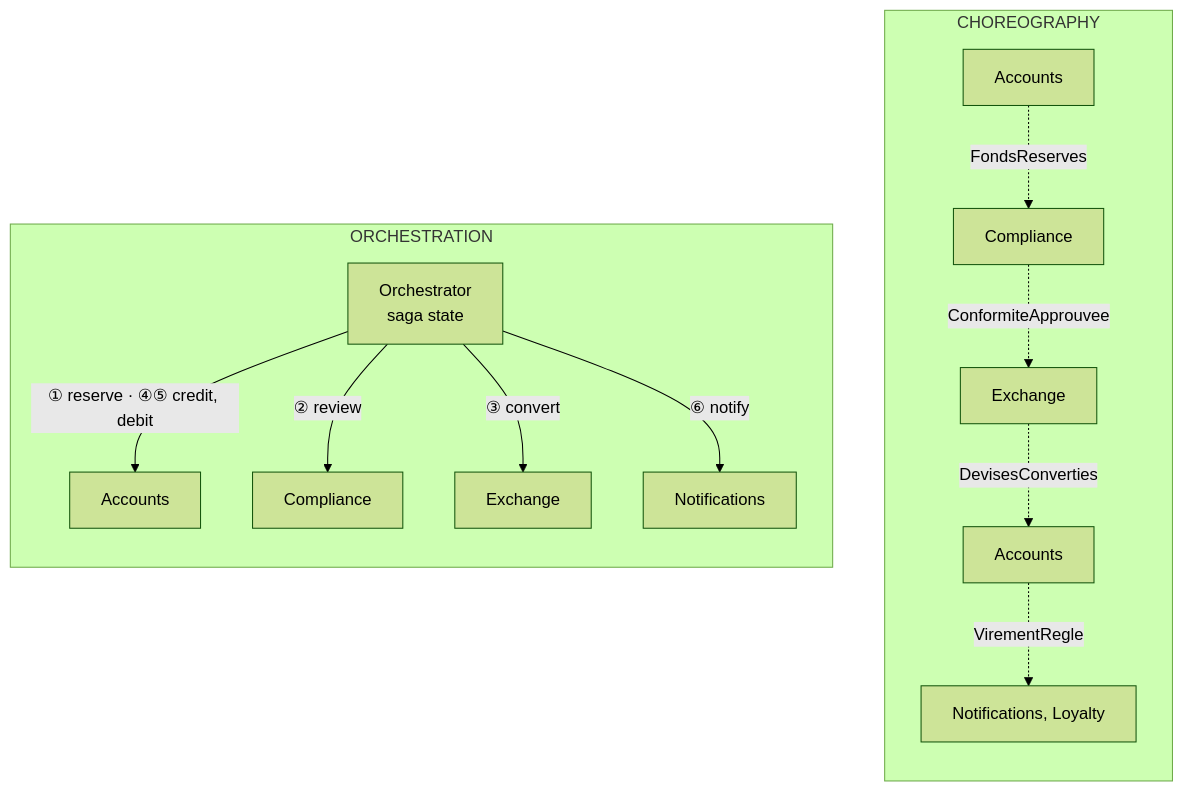
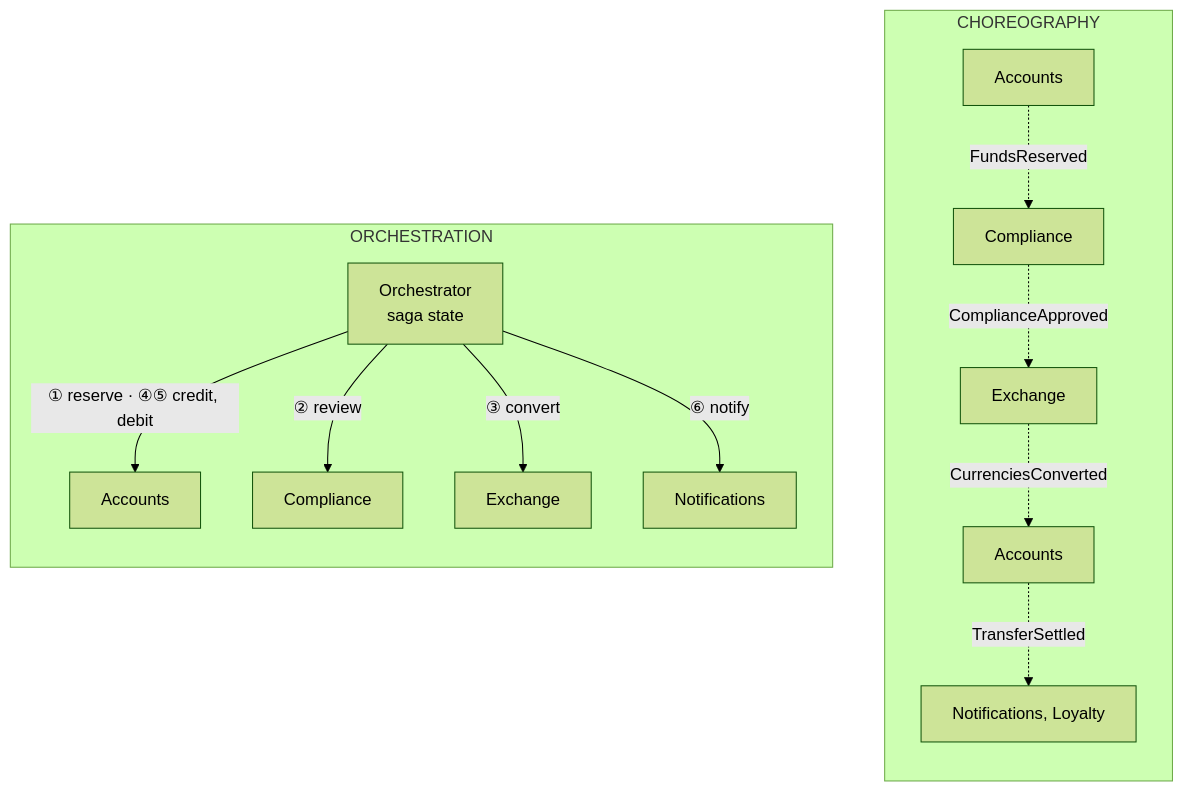
Before and after one commit to drangoht/ArchitecturesDemo: the diagram in Docs/en/differences/12-saga-orchestree-vs-choregraphie.md, drawn with Mermaid (forest theme). The commit also changed other lines of this file and 78 other files, not shown here.

First line of the commit message:
Docs EN : identifiants, liens, diagrammes et sorties alignés sur le code anglais

````diff
--- a/Docs/en/differences/12-saga-orchestree-vs-choregraphie.md
+++ b/Docs/en/differences/12-saga-orchestree-vs-choregraphie.md
@@ -36,18 +36,18 @@
 ```mermaid
 flowchart LR
     subgraph O["ORCHESTRATION"]
         direction TB
         OR["Orchestrator<br/>saga state"] -->|"① reserve · ④⑤ credit, debit"| C1["Accounts"]
         OR -->|"② review"| K1["Compliance"]
         OR -->|"③ convert"| X1["Exchange"]
         OR -->|"⑥ notify"| N1["Notifications"]
     end
     subgraph C["CHOREOGRAPHY"]
         direction TB
-        C2["Accounts"] -.->|"FondsReserves"| K2["Compliance"]
-        K2 -.->|"ConformiteApprouvee"| X2["Exchange"]
-        X2 -.->|"DevisesConverties"| C3["Accounts"]
-        C3 -.->|"VirementRegle"| N2["Notifications, Loyalty"]
+        C2["Accounts"] -.->|"FundsReserved"| K2["Compliance"]
+        K2 -.->|"ComplianceApproved"| X2["Exchange"]
+        X2 -.->|"CurrenciesConverted"| C3["Accounts"]
+        C3 -.->|"TransferSettled"| N2["Notifications, Loyalty"]
     end
     O ~~~ C
 ```
````
